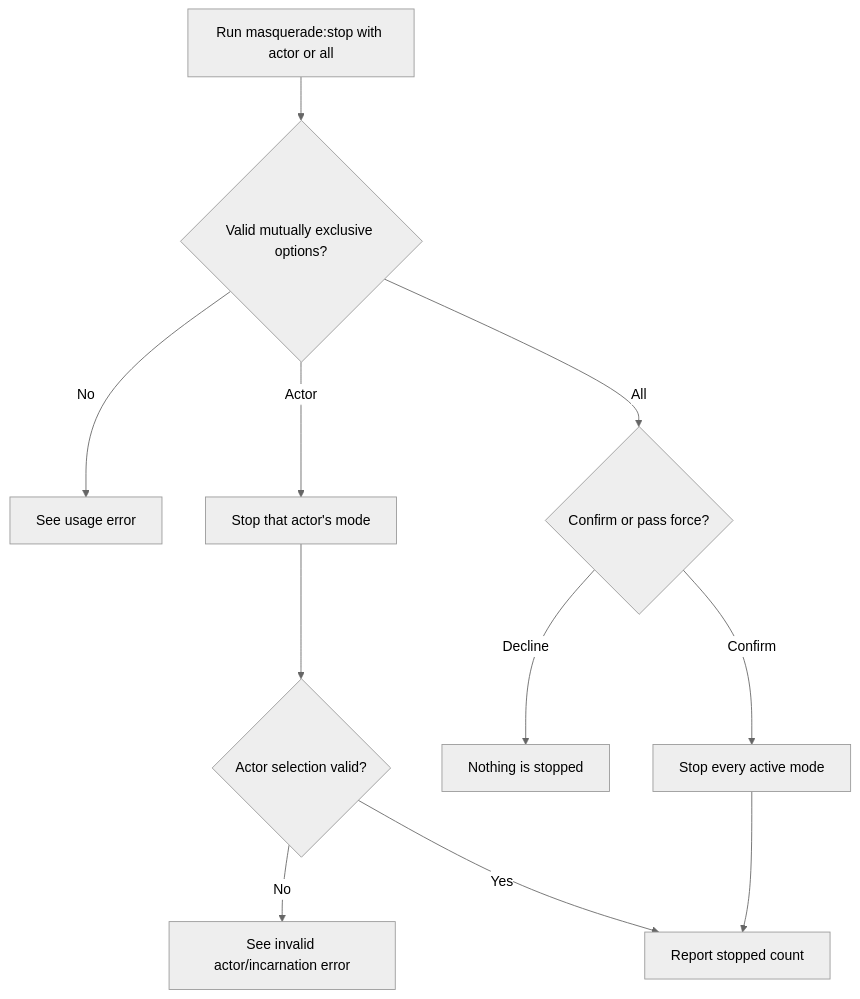
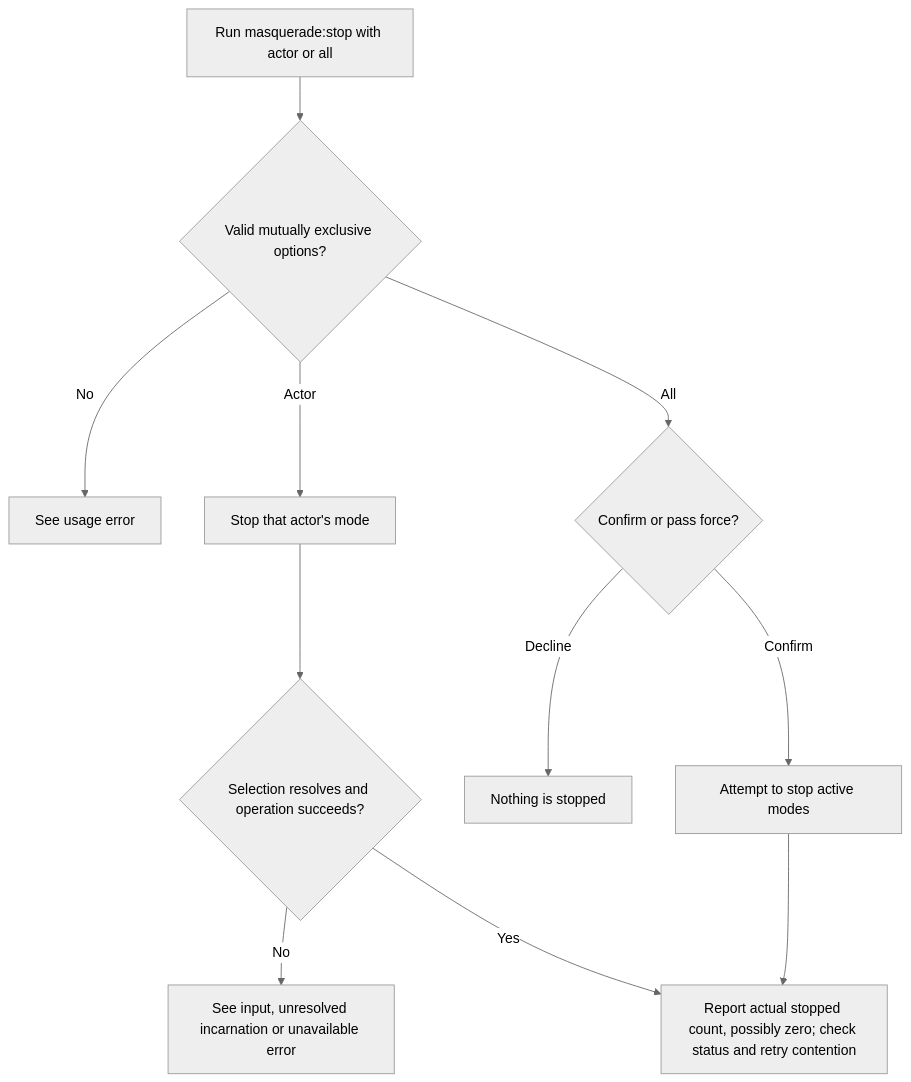
Before and after one commit to Kevinjohn/oss-adonisjs-masquerade: the first of 2 diagrams in user-stories/expire-retain-modes/us-ops-04-revoke-active-modes.md, drawn with Mermaid (neutral theme). The commit also changed other lines of this file and 8 other files, not shown here.

Commit message:
docs: correct catalogue behavior and recovery flows

````diff
--- a/user-stories/expire-retain-modes/us-ops-04-revoke-active-modes.md
+++ b/user-stories/expire-retain-modes/us-ops-04-revoke-active-modes.md
@@ -27,13 +27,13 @@
 ```mermaid
 flowchart TD
     A["Run masquerade:stop with actor or all"] --> B{"Valid mutually exclusive options?"}
     B -->|No| C["See usage error"]
     B -->|Actor| D["Stop that actor's mode"]
     B -->|All| E{"Confirm or pass force?"}
     E -->|Decline| F["Nothing is stopped"]
-    E -->|Confirm| G["Stop every active mode"]
-    D --> H{"Actor selection valid?"}
-    G --> I["Report stopped count"]
-    H -->|No| J["See invalid actor/incarnation error"]
+    E -->|Confirm| G["Attempt to stop active modes"]
+    D --> H{"Selection resolves and operation succeeds?"}
+    G --> I["Report actual stopped count, possibly zero; check status and retry contention"]
+    H -->|No| J["See input, unresolved incarnation or unavailable error"]
     H -->|Yes| I
 ```
````
